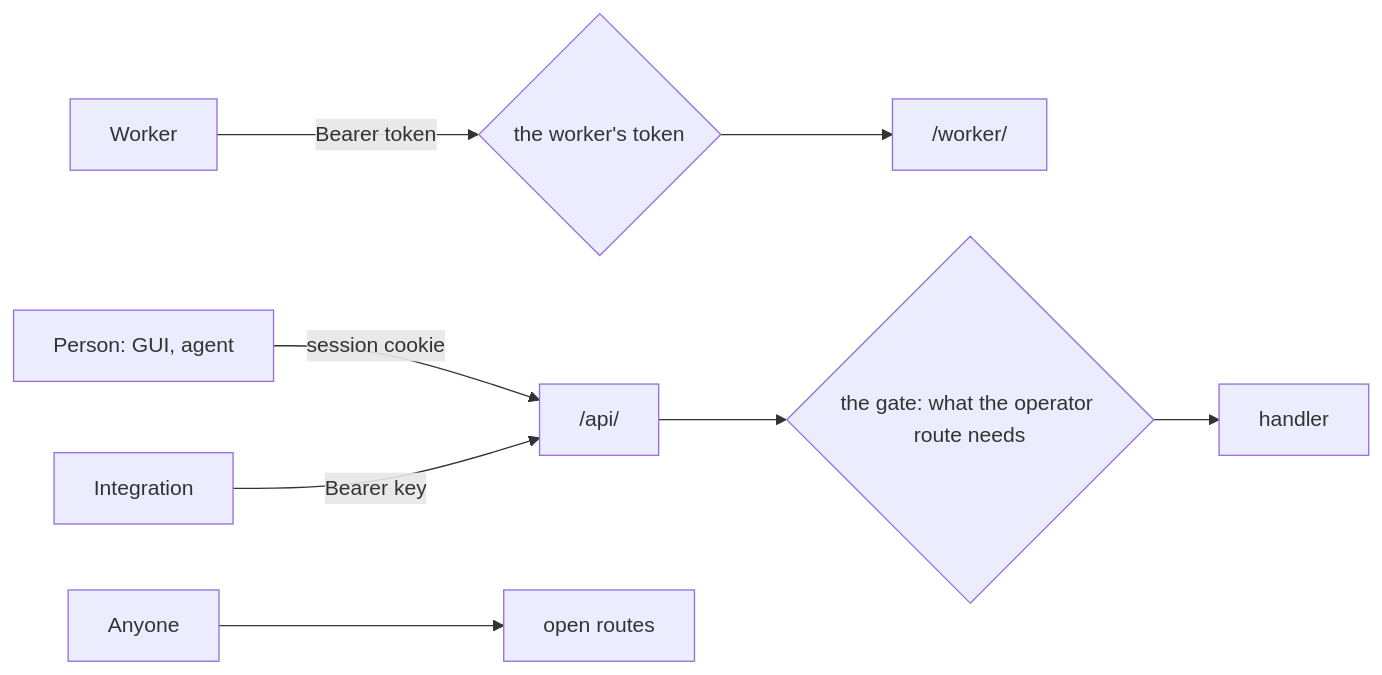
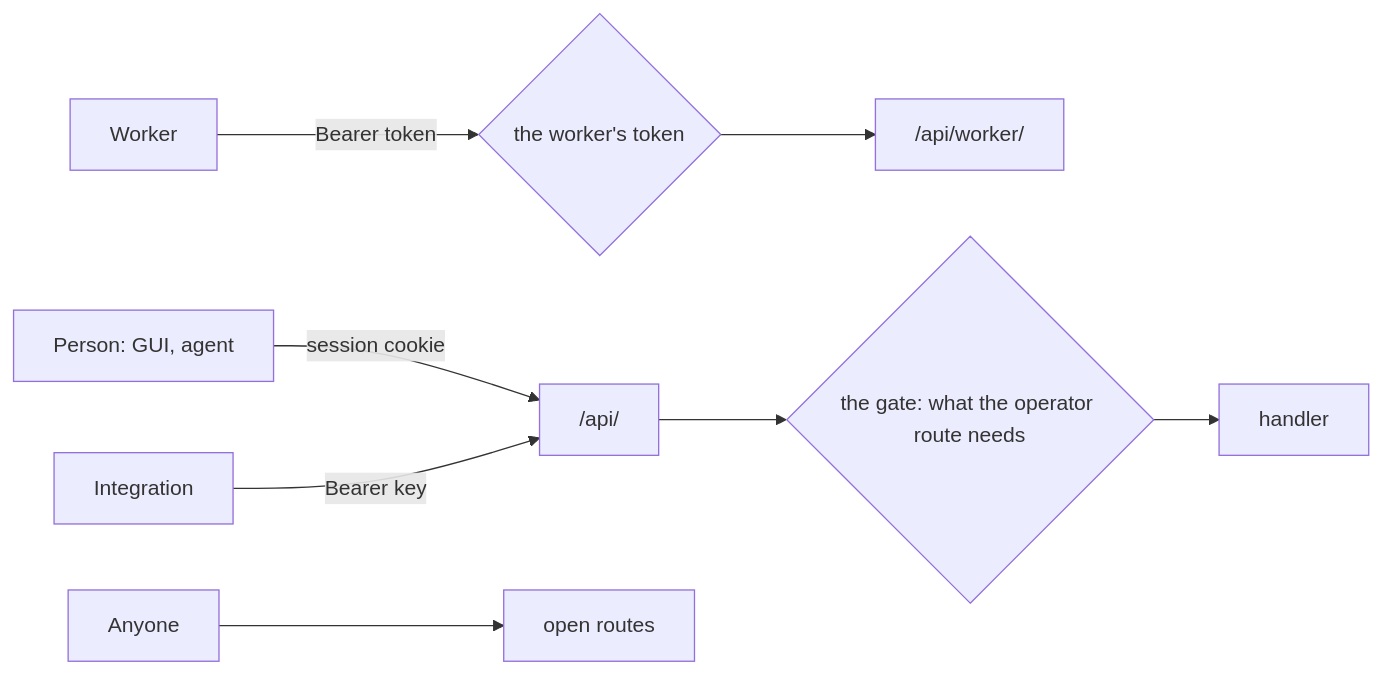
The diagram in docs/architecture/api.md (smeltr-sh/smeltr), drawn with Mermaid before and after one commit. The commit also changed other lines of this file and 1 other file, not shown here.

First line of the commit message:
Docs: the worker family lives under /api/worker/, so every call goes through /api/

````diff
--- a/docs/architecture/api.md
+++ b/docs/architecture/api.md
@@ -12,9 +13,9 @@
 ```mermaid
 flowchart LR
-  worker[Worker] -- Bearer token --> wgate{the worker's token} --> w["/worker/"]
+  worker[Worker] -- Bearer token --> wgate{the worker's token} --> w["/api/worker/"]
   person[Person: GUI, agent] -- session cookie --> o["/api/"]
   integration[Integration] -- Bearer key --> o
   anyone[Anyone] --> open["open routes"]
   o --> gate{the gate: what the operator route needs}
   gate --> handler[handler]
 ```
````
